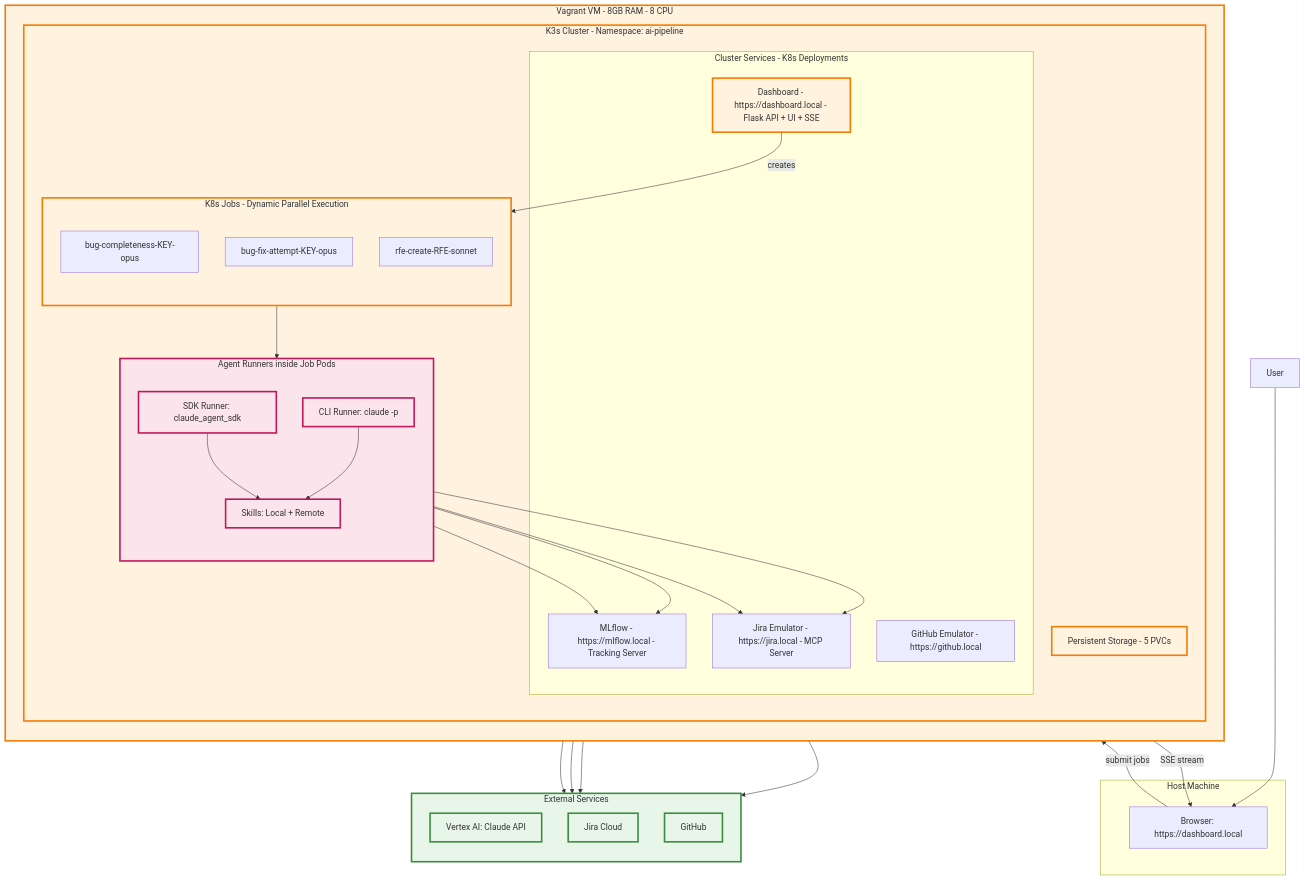
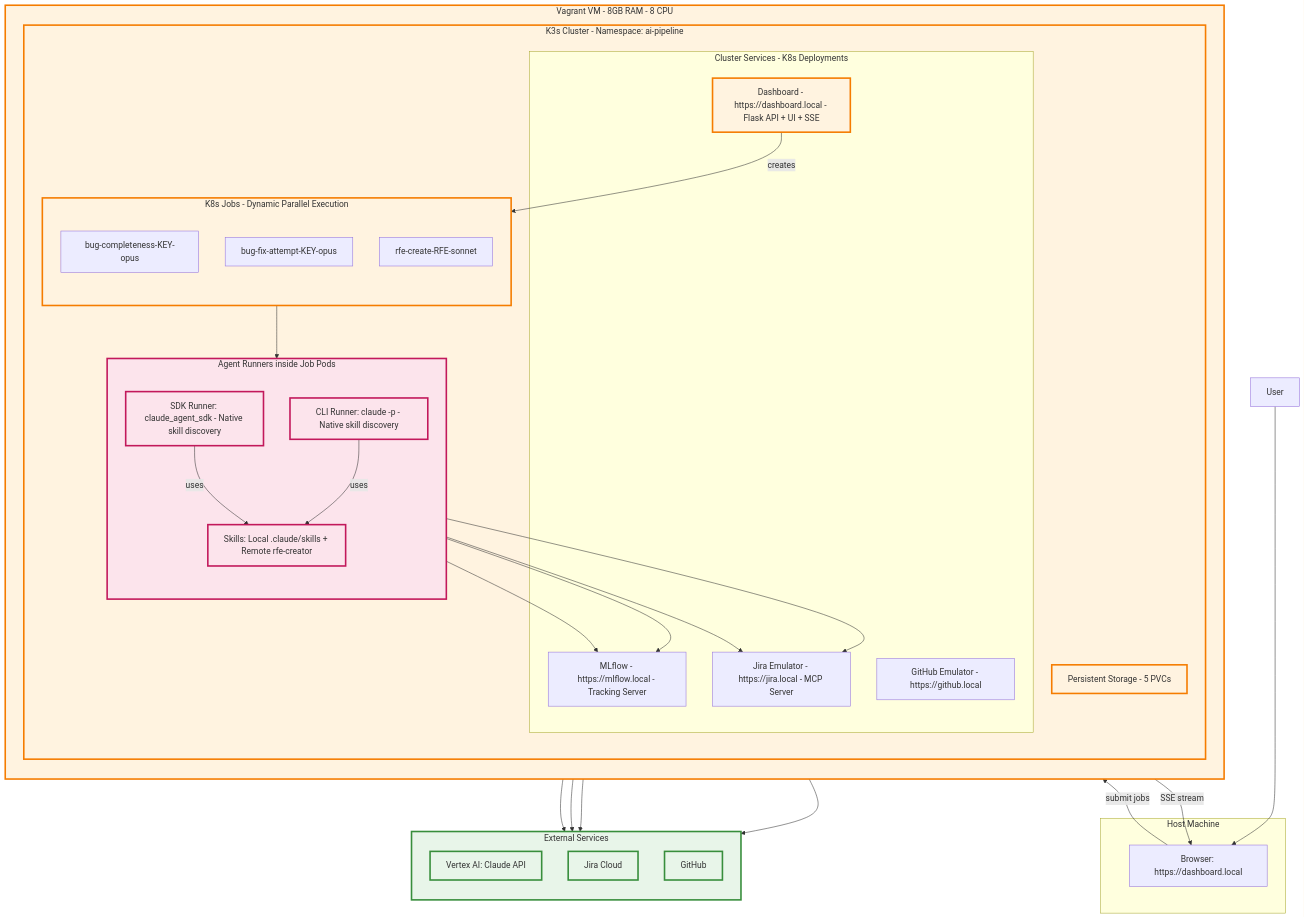
Before and after one commit to jctanner/ai-first-pipeline: the diagram in docs/architecture-overview.mmd, drawn with Mermaid. The commit also changed 1 other file, not shown here.

Commit message:
Remove templated skill invocation from diagrams - all skills use native
K3s job workflow only uses native skill invocation with SDK skill discovery.
Templated invocation (SKILL.md → prompt injection) was for the old local
threading model via main.py.

Changes:
- Removed "Templated Invocation" references
- Both SDK and CLI runners use native skill discovery
- Both can access local (.claude/skills) and remote (rfe-creator) skills
- All use setting_sources=["project"] for skill discovery

```diff
--- a/docs/architecture-overview.mmd
+++ b/docs/architecture-overview.mmd
@@ -1,71 +1,71 @@
 graph TB
     User["User"]
 
     subgraph Host["Host Machine"]
         Browser["Browser: https://dashboard.local"]
     end
 
     subgraph VM["Vagrant VM - 8GB RAM - 8 CPU"]
         direction TB
 
         subgraph K3s["K3s Cluster - Namespace: ai-pipeline"]
             direction TB
 
             Storage["Persistent Storage - 5 PVCs"]
 
             subgraph Services["Cluster Services - K8s Deployments"]
                 Dashboard["Dashboard - https://dashboard.local - Flask API + UI + SSE"]
                 MLflow["MLflow - https://mlflow.local - Tracking Server"]
                 JiraEmu["Jira Emulator - https://jira.local - MCP Server"]
                 GitHubEmu["GitHub Emulator - https://github.local"]
             end
 
             subgraph Jobs["K8s Jobs - Dynamic Parallel Execution"]
                 direction TB
                 Job1["bug-completeness-KEY-opus"]
                 Job2["bug-fix-attempt-KEY-opus"]
                 Job3["rfe-create-RFE-sonnet"]
             end
 
             subgraph Runners["Agent Runners inside Job Pods"]
                 direction TB
-                SDKRunner["SDK Runner: claude_agent_sdk"]
-                CLIRunner["CLI Runner: claude -p"]
-                Skills["Skills: Local + Remote"]
+                SDKRunner["SDK Runner: claude_agent_sdk - Native skill discovery"]
+                CLIRunner["CLI Runner: claude -p - Native skill discovery"]
+                Skills["Skills: Local .claude/skills + Remote rfe-creator"]
             end
 
             Dashboard -->|creates| Jobs
             Jobs --> Runners
-            SDKRunner --> Skills
-            CLIRunner --> Skills
+            SDKRunner -->|uses| Skills
+            CLIRunner -->|uses| Skills
         end
     end
 
     subgraph External["External Services"]
         direction TB
         VertexAI["Vertex AI: Claude API"]
         JiraCloud["Jira Cloud"]
         GitHub["GitHub"]
     end
 
     User --> Browser
 
     Browser -->|submit jobs| Dashboard
     Dashboard -->|SSE stream| Browser
 
     SDKRunner --> VertexAI
     CLIRunner --> VertexAI
     SDKRunner --> MLflow
     CLIRunner --> MLflow
     SDKRunner --> JiraEmu
     CLIRunner --> JiraEmu
     SDKRunner --> JiraCloud
     CLIRunner --> GitHub
 
     classDef vm fill:#fff3e0,stroke:#f57c00,stroke-width:3px
     classDef runner fill:#fce4ec,stroke:#c2185b,stroke-width:3px
     classDef external fill:#e8f5e9,stroke:#388e3c,stroke-width:3px
 
     class VM,K3s,Storage,Dashboard,Jobs vm
     class Runners,SDKRunner,CLIRunner,Skills runner
     class External,VertexAI,JiraCloud,GitHub external
```
